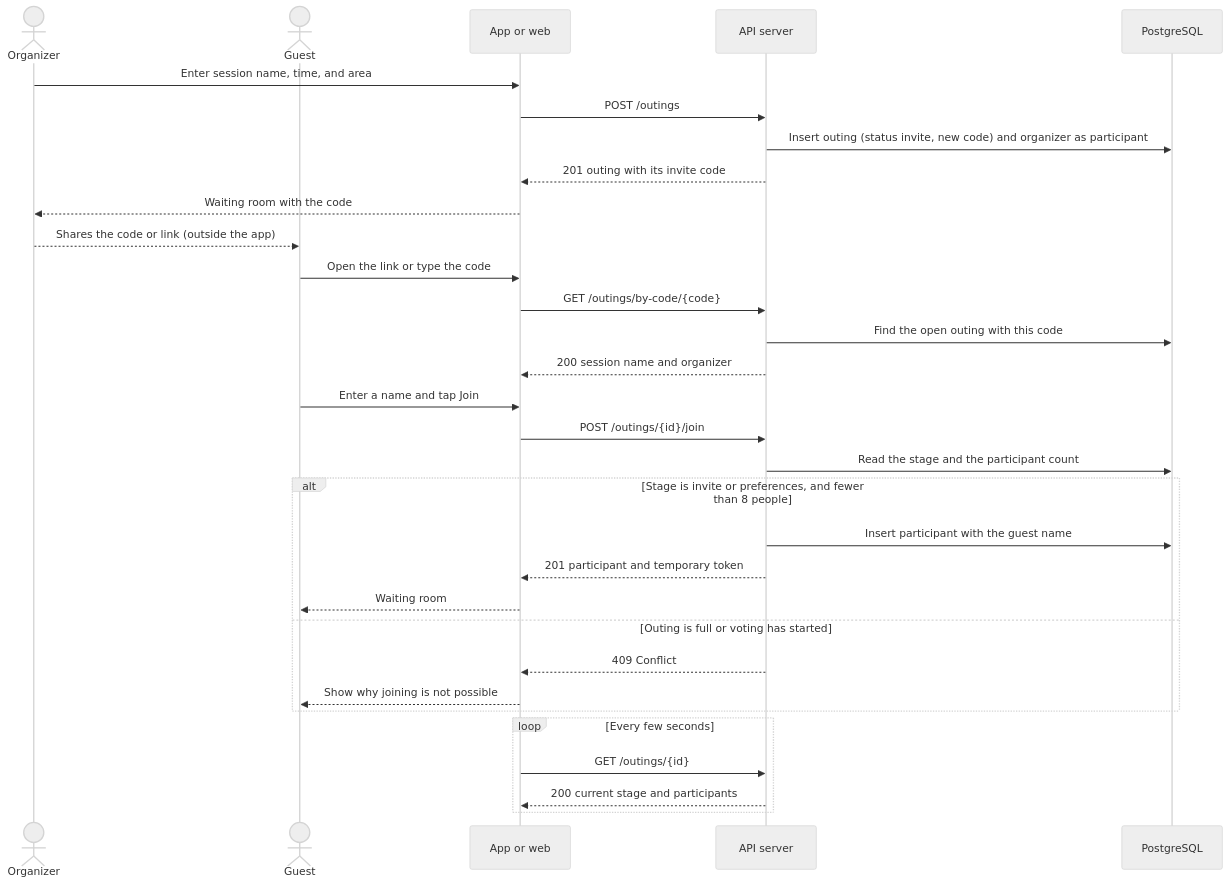
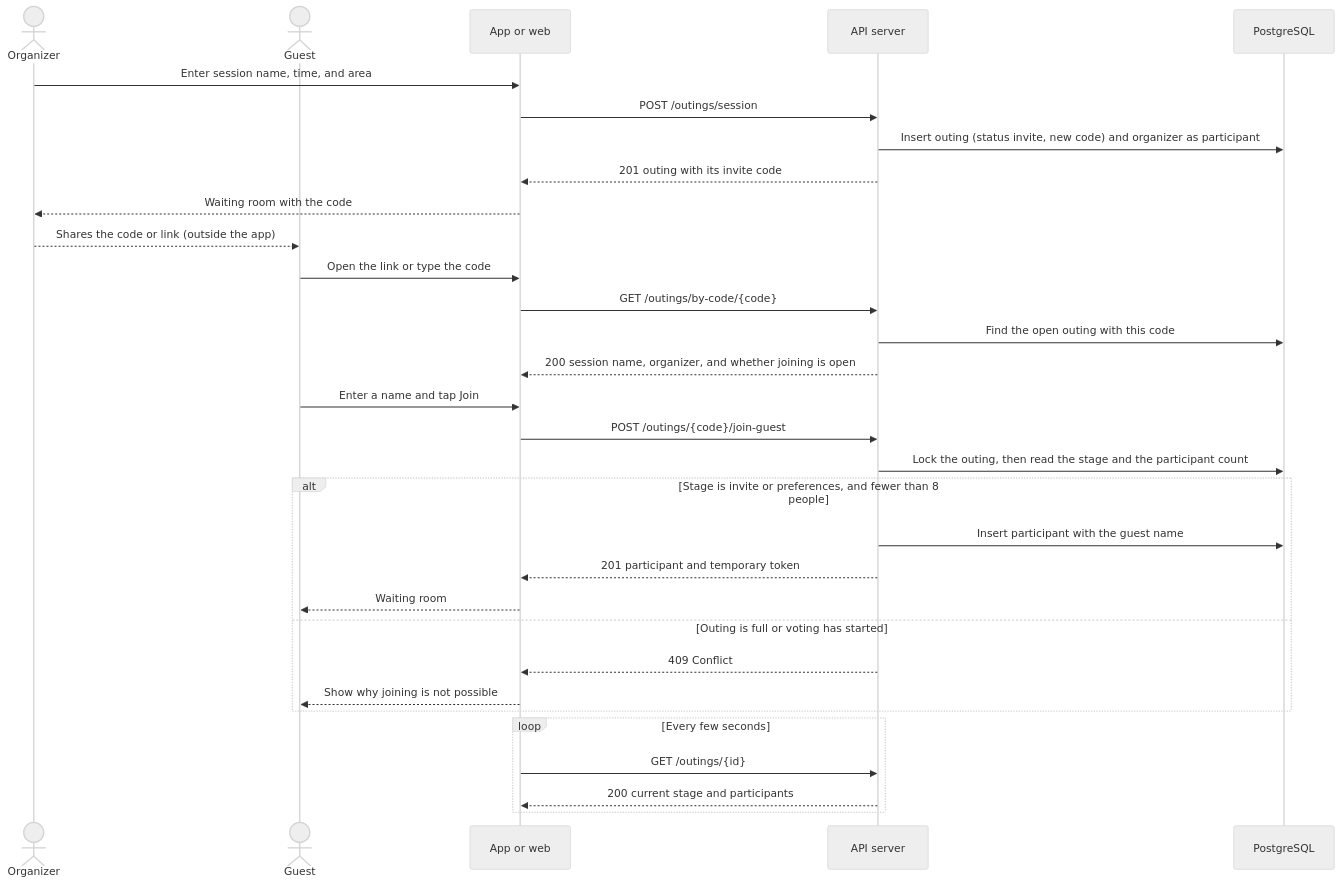
Before and after one commit to shathaaa1110-arch/Portfolio-Project: the sixth of 11 diagrams in Docs/TechnicalDoc.md, drawn with Mermaid (neutral theme). The commit also changed other lines of this file and 9 other files, not shown here.

First line of the commit message:
feat(backend): join an outing by code as a member or guest (#64)

````diff
--- a/Docs/TechnicalDoc.md
+++ b/Docs/TechnicalDoc.md
@@ -970,36 +972,36 @@
 ```mermaid
 sequenceDiagram
     actor O as Organizer
     actor G as Guest
     participant A as App or web
     participant API as API server
     participant DB as PostgreSQL
  
     O->>A: Enter session name, time, and area
-    A->>API: POST /outings
+    A->>API: POST /outings/session
     API->>DB: Insert outing (status invite, new code) and organizer as participant
     API-->>A: 201 outing with its invite code
     A-->>O: Waiting room with the code
     O-->>G: Shares the code or link (outside the app)
  
     G->>A: Open the link or type the code
     A->>API: GET /outings/by-code/{code}
     API->>DB: Find the open outing with this code
-    API-->>A: 200 session name and organizer
+    API-->>A: 200 session name, organizer, and whether joining is open
     G->>A: Enter a name and tap Join
-    A->>API: POST /outings/{id}/join
-    API->>DB: Read the stage and the participant count
+    A->>API: POST /outings/{code}/join-guest
+    API->>DB: Lock the outing, then read the stage and the participant count
     alt Stage is invite or preferences, and fewer than 8 people
         API->>DB: Insert participant with the guest name
         API-->>A: 201 participant and temporary token
         A-->>G: Waiting room
     else Outing is full or voting has started
         API-->>A: 409 Conflict
         A-->>G: Show why joining is not possible
     end
  
     loop Every few seconds
         A->>API: GET /outings/{id}
         API-->>A: 200 current stage and participants
     end
 ```
````
